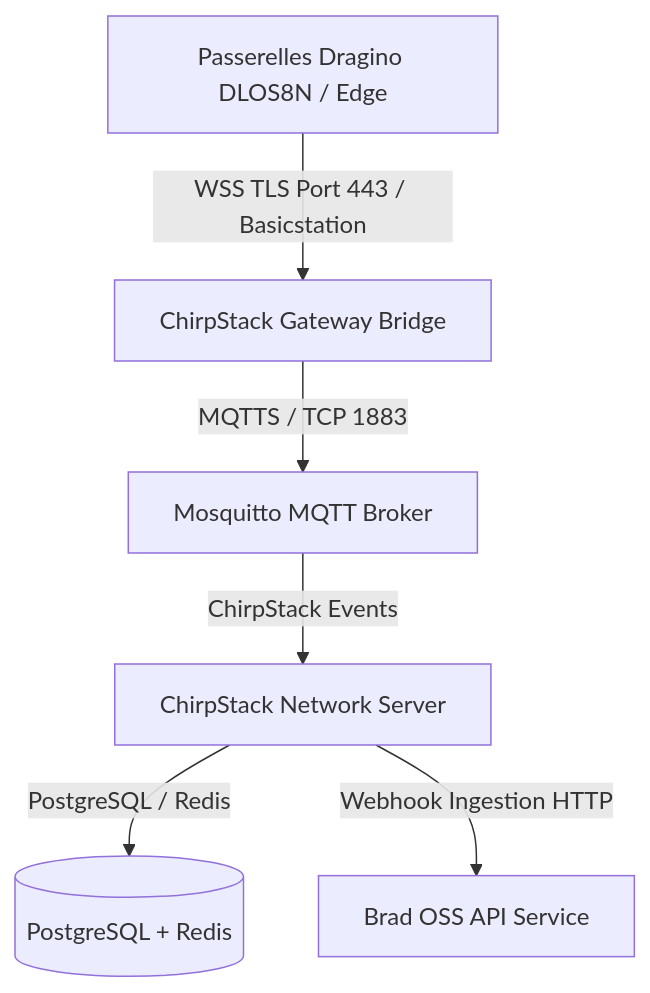
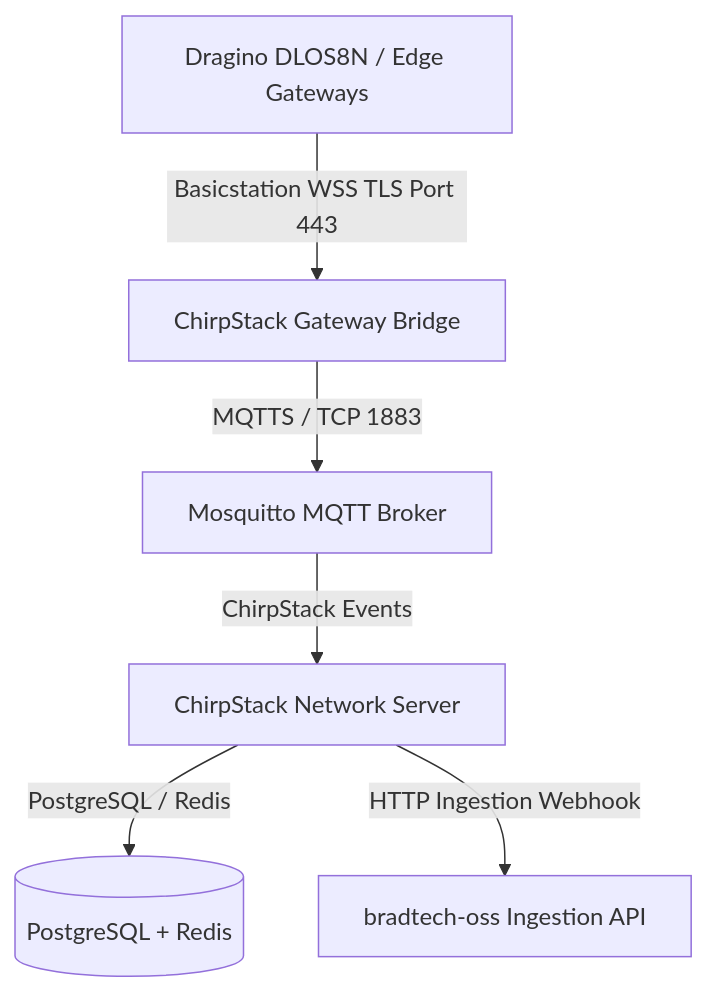
One commit to bradtech-oss/stack changed the diagram in docs/architecture/SOVEREIGN_LORAWAN_AND_DEPLOYMENT_CLI.fr.md. Above: the diagram before and after it, drawn with Mermaid. The commit also changed other lines of this file and 23 other files, not shown here.

Commit message:
docs: add standardized previous/next navigation links and README returns across all 24 architecture documents

````diff
--- a/docs/architecture/SOVEREIGN_LORAWAN_AND_DEPLOYMENT_CLI.fr.md
+++ b/docs/architecture/SOVEREIGN_LORAWAN_AND_DEPLOYMENT_CLI.fr.md
@@ -14,8 +15,8 @@
 ```mermaid
 graph TD
-    GW[Passerelles Dragino DLOS8N / Edge] -->|WSS TLS Port 443 / Basicstation| GWBridge[ChirpStack Gateway Bridge]
-    GWBridge -->|MQTTS / TCP 1883| MQTT[Mosquitto MQTT Broker]
-    MQTT -->|ChirpStack Events| CS[ChirpStack Network Server]
-    CS -->|PostgreSQL / Redis| DB[(PostgreSQL + Redis)]
-    CS -->|Webhook Ingestion HTTP| API[Brad OSS API Service]
+    GW["Dragino DLOS8N / Edge Gateways"] -->|Basicstation WSS TLS Port 443| GWBridge["ChirpStack Gateway Bridge"]
+    GWBridge -->|MQTTS / TCP 1883| MQTT["Mosquitto MQTT Broker"]
+    MQTT -->|ChirpStack Events| CS["ChirpStack Network Server"]
+    CS -->|PostgreSQL / Redis| DB[("PostgreSQL + Redis")]
+    CS -->|HTTP Ingestion Webhook| API["bradtech-oss Ingestion API"]
 ```
````
